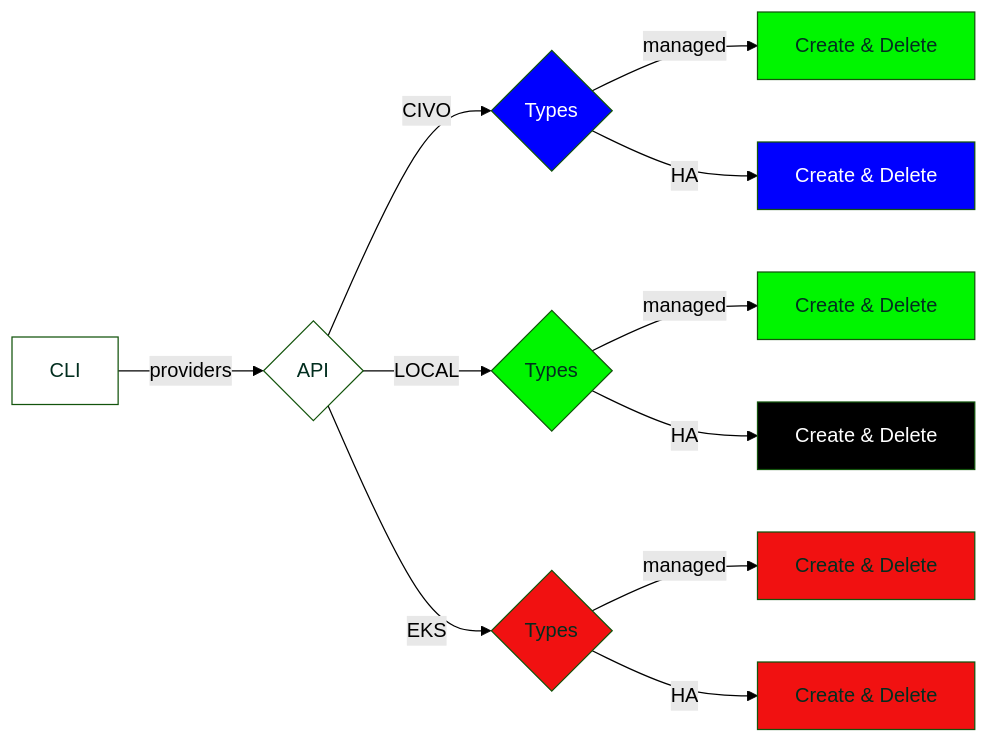
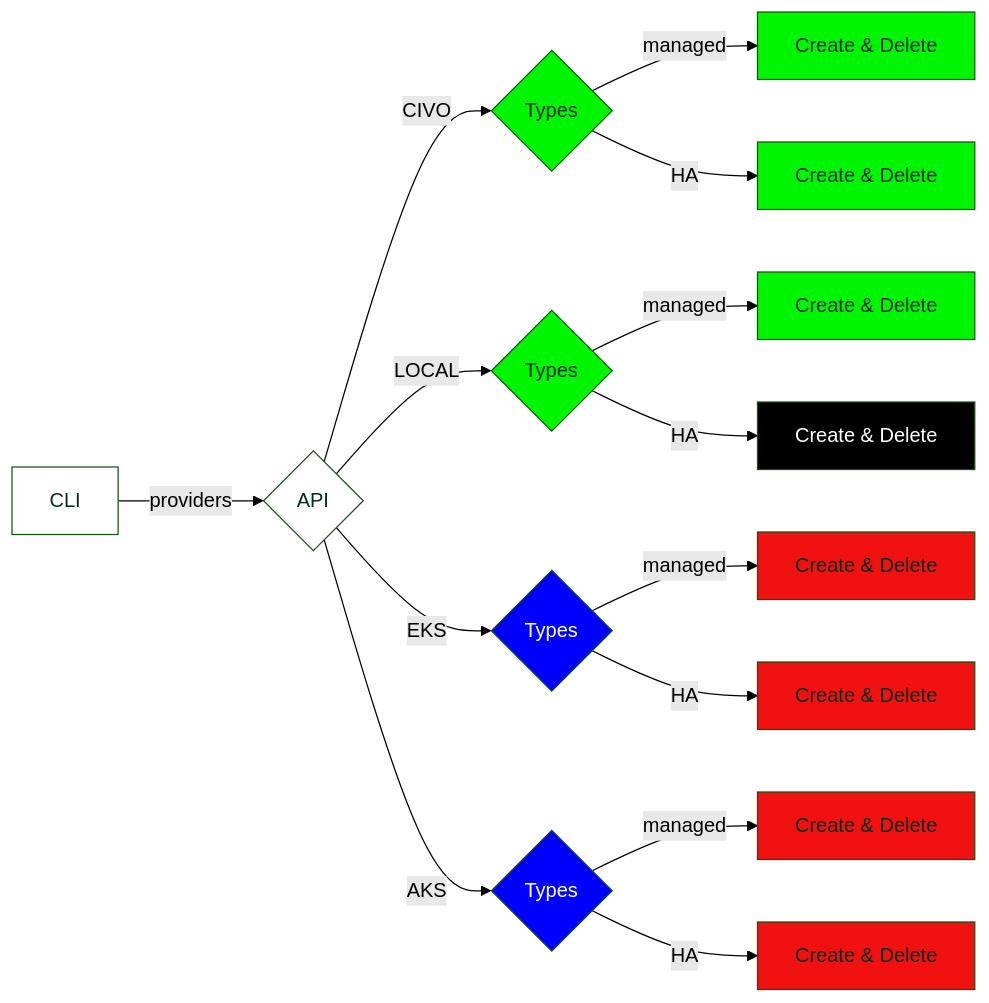
Before and after one commit to ksctl/ksctl: the diagram in README.md, drawn with Mermaid (forest theme).

````diff
--- a/README.md
+++ b/README.md
@@ -98,22 +98,26 @@
 ```mermaid
 flowchart LR;
   classDef green color:#022e1f,fill:#00f500;
   classDef red color:#022e1f,fill:#f11111;
   classDef white color:#022e1f,fill:#fff;
   classDef black color:#fff,fill:#000;
   classDef blue color:#fff,fill:#00f;
 
   XX[CLI]:::white--providers-->web{API};
   web:::white--CIVO-->civo{Types};
-  civo:::blue--managed-->civom[Create & Delete]:::green;
-  civo--HA-->civoha[Create & Delete]:::blue;
+  civo:::green--managed-->civom[Create & Delete]:::green;
+  civo--HA-->civoha[Create & Delete]:::green;
 
   web--LOCAL-->local{Types};
   local:::green--managed-->localm[Create & Delete]:::green;
   local--HA-->localha[Create & Delete]:::black;
 
   web--EKS-->aws{Types};
-  aws:::red--managed-->awsm[Create & Delete]:::red;
+  aws:::blue--managed-->awsm[Create & Delete]:::red;
   aws--HA-->awsha[Create & Delete]:::red;
+  
+  web--AKS-->az{Types};
+  az:::blue--managed-->azsm[Create & Delete]:::red;
+  az--HA-->azha[Create & Delete]:::red;
 
 ```
````
